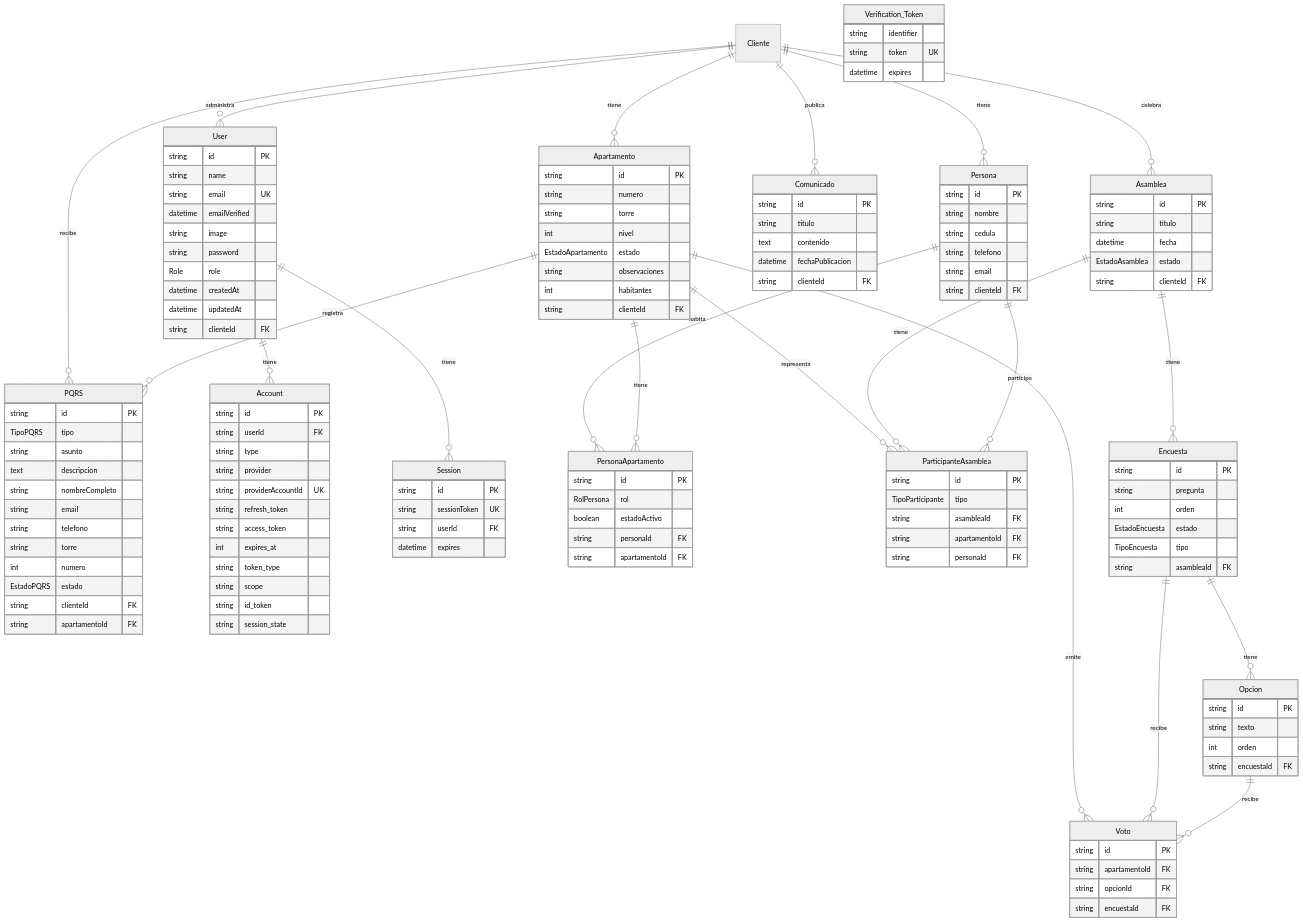
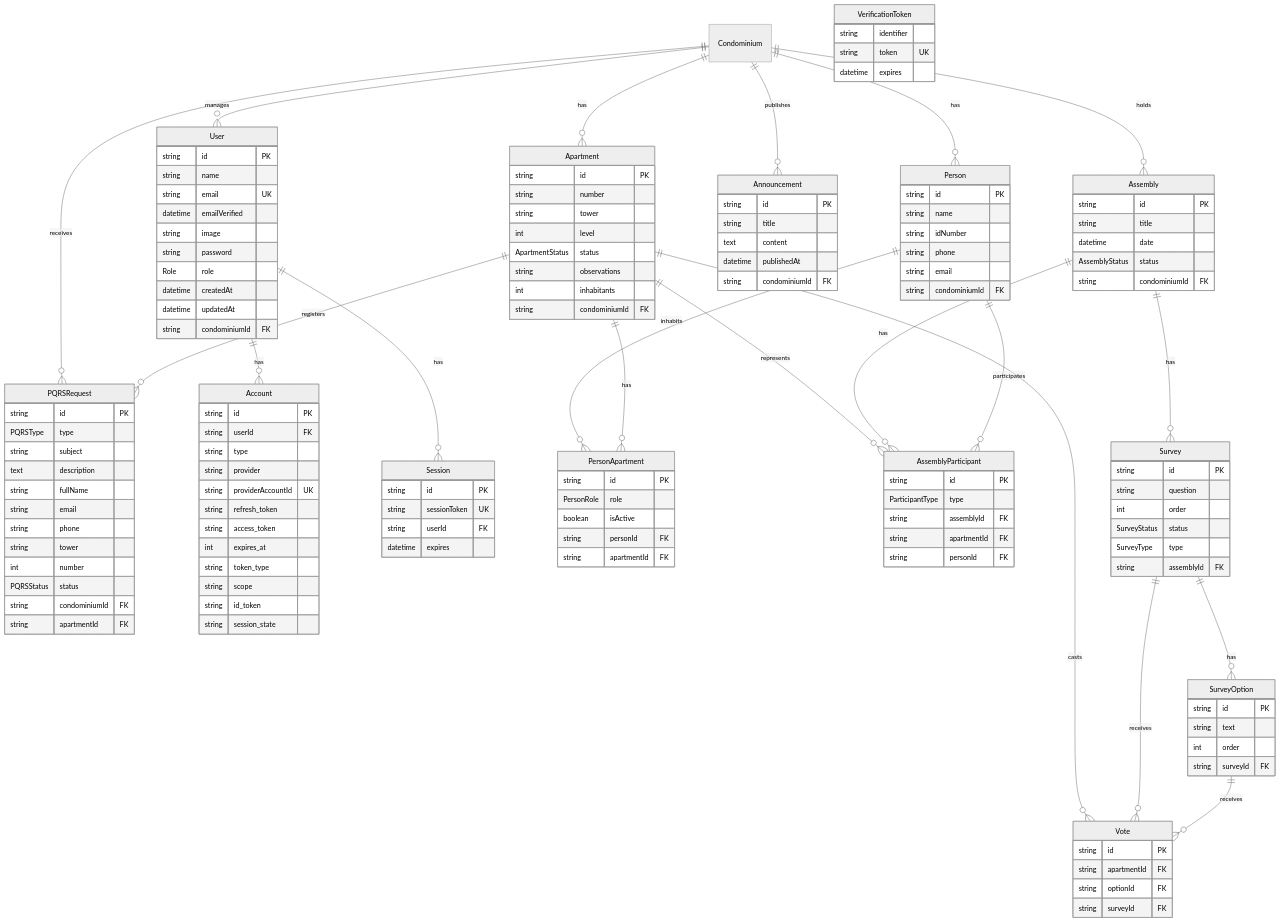
One commit to kaelwebdev/sistema_gaph changed the diagram in docs/entity-relationship-diagram.md. Above: the diagram before and after it, drawn with Mermaid (neutral theme). The commit also changed other lines of this file and 127 other files, not shown here.

````diff
--- a/docs/entity-relationship-diagram.md
+++ b/docs/entity-relationship-diagram.md
@@ -6,117 +6,117 @@
 ```mermaid
 erDiagram
-    Cliente ||--o{ Apartamento : tiene
-    Cliente ||--o{ Persona : tiene
-    Cliente ||--o{ Asamblea : celebra
-    Cliente ||--o{ Comunicado : publica
-    Cliente ||--o{ PQRS : recibe
-    Cliente ||--o{ User : administra
+    Condominium ||--o{ Apartment : has
+    Condominium ||--o{ Person : has
+    Condominium ||--o{ Assembly : holds
+    Condominium ||--o{ Announcement : publishes
+    Condominium ||--o{ PQRSRequest : receives
+    Condominium ||--o{ User : manages
 
-    User ||--o{ Account : tiene
-    User ||--o{ Session : tiene
+    User ||--o{ Account : has
+    User ||--o{ Session : has
 
-    Persona ||--o{ PersonaApartamento : habita
-    Apartamento ||--o{ PersonaApartamento : tiene
-    Apartamento ||--o{ ParticipanteAsamblea : representa
-    Apartamento ||--o{ Voto : emite
-    Apartamento ||--o{ PQRS : registra
+    Person ||--o{ PersonApartment : inhabits
+    Apartment ||--o{ PersonApartment : has
+    Apartment ||--o{ AssemblyParticipant : represents
+    Apartment ||--o{ Vote : casts
+    Apartment ||--o{ PQRSRequest : registers
 
-    Asamblea ||--o{ Encuesta : tiene
-    Asamblea ||--o{ ParticipanteAsamblea : tiene
-    Persona ||--o{ ParticipanteAsamblea : participa
+    Assembly ||--o{ Survey : has
+    Assembly ||--o{ AssemblyParticipant : has
+    Person ||--o{ AssemblyParticipant : participates
 
-    Encuesta ||--o{ Opcion : tiene
-    Encuesta ||--o{ Voto : recibe
-    Opcion ||--o{ Voto : recibe
+    Survey ||--o{ SurveyOption : has
+    Survey ||--o{ Vote : receives
+    SurveyOption ||--o{ Vote : receives
 
-    Apartamento {
+    Apartment {
         string id PK
-        string numero
-        string torre
-        int nivel
-        EstadoApartamento estado
-        string observaciones
-        int habitantes
-        string clienteId FK
+        string number
+        string tower
+        int level
+        ApartmentStatus status
+        string observations
+        int inhabitants
+        string condominiumId FK
     }
 
-    Persona {
+    Person {
         string id PK
-        string nombre
-        string cedula
-        string telefono
+        string name
+        string idNumber
+        string phone
         string email
-        string clienteId FK
+        string condominiumId FK
     }
 
-    PersonaApartamento {
+    PersonApartment {
         string id PK
-        RolPersona rol
-        boolean estadoActivo
-        string personaId FK
-        string apartamentoId FK
+        PersonRole role
+        boolean isActive
+        string personId FK
+        string apartmentId FK
     }
 
-    Asamblea {
+    Assembly {
         string id PK
-        string titulo
-        datetime fecha
-        EstadoAsamblea estado
-        string clienteId FK
+        string title
+        datetime date
+        AssemblyStatus status
+        string condominiumId FK
     }
 
-    ParticipanteAsamblea {
+    AssemblyParticipant {
         string id PK
-        TipoParticipante tipo
-        string asambleaId FK
-        string apartamentoId FK
-        string personaId FK
+        ParticipantType type
+        string assemblyId FK
+        string apartmentId FK
+        string personId FK
     }
 
-    Encuesta {
+    Survey {
         string id PK
-        string pregunta
-        int orden
-        EstadoEncuesta estado
-        TipoEncuesta tipo
-        string asambleaId FK
+        string question
+        int order
+        SurveyStatus status
+        SurveyType type
+        string assemblyId FK
     }
 
-    Opcion {
+    SurveyOption {
         string id PK
-        string texto
-        int orden
-        string encuestaId FK
+        string text
+        int order
+        string surveyId FK
     }
 
-    Voto {
+    Vote {
         string id PK
-        string apartamentoId FK
-        string opcionId FK
-        string encuestaId FK
+        string apartmentId FK
+        string optionId FK
+        string surveyId FK
     }
 
-    Comunicado {
+    Announcement {
         string id PK
-        string titulo
-        text contenido
-        datetime fechaPublicacion
-        string clienteId FK
+        string title
+        text content
+        datetime publishedAt
+        string condominiumId FK
     }
 
-    PQRS {
+    PQRSRequest {
         string id PK
-        TipoPQRS tipo
-        string asunto
-        text descripcion
-        string nombreCompleto
+        PQRSType type
+        string subject
+        text description
+        string fullName
         string email
-        string telefono
-        string torre
-        int numero
-        EstadoPQRS estado
-        string clienteId FK
-        string apartamentoId FK
+        string phone
+        string tower
+        int number
+        PQRSStatus status
+        string condominiumId FK
+        string apartmentId FK
     }
 
     User {
@@ -129,7 +129,7 @@
         Role role
         datetime createdAt
         datetime updatedAt
-        string clienteId FK
+        string condominiumId FK
     }
 
     Account {
@@ -154,7 +154,7 @@
         datetime expires
     }
 
-    Verification_Token {
+    VerificationToken {
         string identifier
         string token UK
         datetime expires
````
